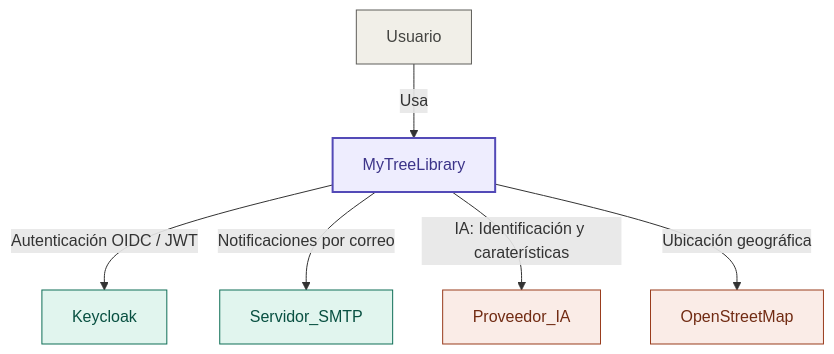
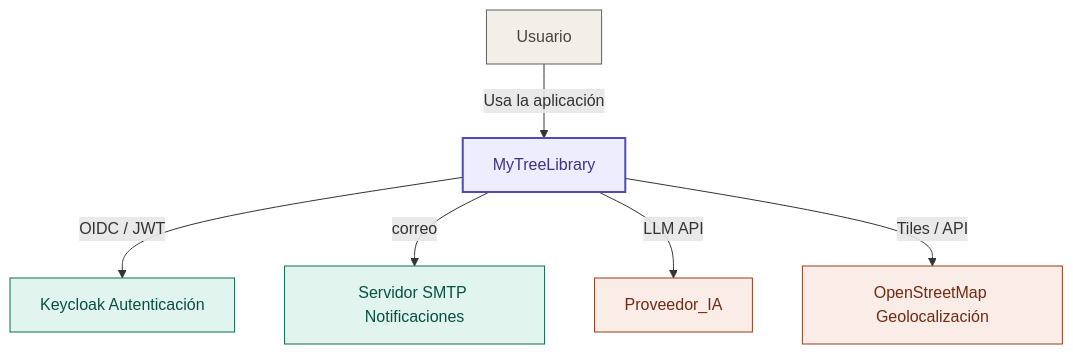
One commit to LIDR-academy/AI4Devs-finalproject changed the first of 19 diagrams in readme.md. Above: the diagram before and after it, drawn with Mermaid.

Commit message:
Actualización estilos diagrama C1

````diff
--- a/readme.md
+++ b/readme.md
@@ -79,26 +79,26 @@
 ```mermaid
 flowchart TB
   U[Usuario]
   S[MyTreeLibrary]
-  KC[Keycloak]
-  SMTP[Servidor_SMTP]
+  KC[Keycloak Autenticación]
+  SMTP[Servidor SMTP Notificaciones]
   PIA[Proveedor_IA]
-  MAP[OpenStreetMap] 
-  U -->|Usa| S
-  S -->|Autenticación OIDC / JWT| KC
-  S -->|Notificaciones por correo| SMTP
-  S -->|IA: Identificación y caraterísticas| PIA
-  S -->|Ubicación geográfica| MAP
+  MAP[OpenStreetMap Geolocalización] 
+  U -->|Usa la aplicación| S
+  S -->|OIDC / JWT| KC
+  S -->|correo| SMTP
+  S -->|LLM API| PIA
+  S -->|Tiles / API| MAP
 
   
   classDef sistema fill:#EEEDFE,stroke:#534AB7,stroke-width:2px,color:#3C3489
   classDef soporte fill:#E1F5EE,stroke:#0F6E56,stroke-width:1px,color:#085041
   classDef externo fill:#FAECE7,stroke:#993C1D,stroke-width:1px,color:#712B13
   classDef usuario fill:#F1EFE8,stroke:#5F5E5A,stroke-width:1px,color:#444441
 
   class S sistema
   class KC,SMTP soporte
   class PIA,MAP externo
   class U usuario
-  
+
 ```
````
